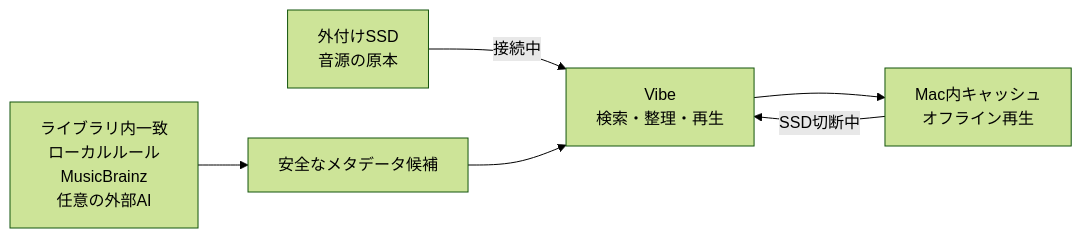
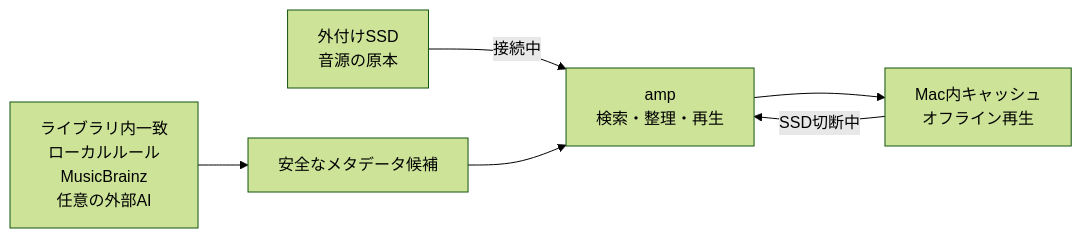
The first of 2 diagrams in README.ja.md (nanonigit/Vibe), drawn with Mermaid (forest theme) before and after one commit. The commit also changed other lines of this file and 18 other files, not shown here.

````diff
--- a/README.ja.md
+++ b/README.ja.md
@@ -29,8 +29,8 @@
 ```mermaid
 flowchart LR
-    SSD["外付けSSD\n音源の原本"] -->|接続中| Vibe["Vibe\n検索・整理・再生"]
-    Vibe --> Cache["Mac内キャッシュ\nオフライン再生"]
-    Cache -->|SSD切断中| Vibe
+    SSD["外付けSSD\n音源の原本"] -->|接続中| amp["amp\n検索・整理・再生"]
+    amp --> Cache["Mac内キャッシュ\nオフライン再生"]
+    Cache -->|SSD切断中| amp
     Sources["ライブラリ内一致\nローカルルール\nMusicBrainz\n任意の外部AI"] --> Metadata["安全なメタデータ候補"]
-    Metadata --> Vibe
+    Metadata --> amp
 ```
````
